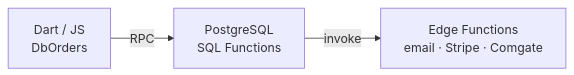
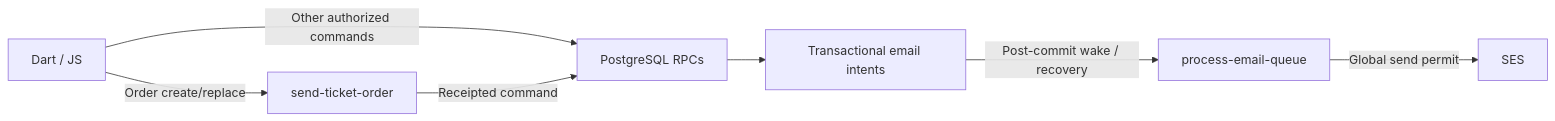
One commit to festappnet/festapp changed the diagram in lib/components/eshop/README.md. Above: the diagram before and after it, drawn with Mermaid. The commit also changed other lines of this file and 259 other files, not shown here.

````diff
--- a/lib/components/eshop/README.md
+++ b/lib/components/eshop/README.md
@@ -22,5 +27,9 @@
 ```mermaid
 graph LR
-    A[Dart / JS<br/>DbOrders] -->|RPC| B[PostgreSQL<br/>SQL Functions]
-    B -->|invoke| C[Edge Functions<br/>email · Stripe · Comgate]
+    A[Dart / JS] -->|Order create/replace| E[send-ticket-order]
+    A -->|Other authorized commands| B[PostgreSQL RPCs]
+    E -->|Receipted command| B
+    B --> Q[Transactional email intents]
+    Q -->|Post-commit wake / recovery| W[process-email-queue]
+    W -->|Global send permit| S[SES]
 ```
````
